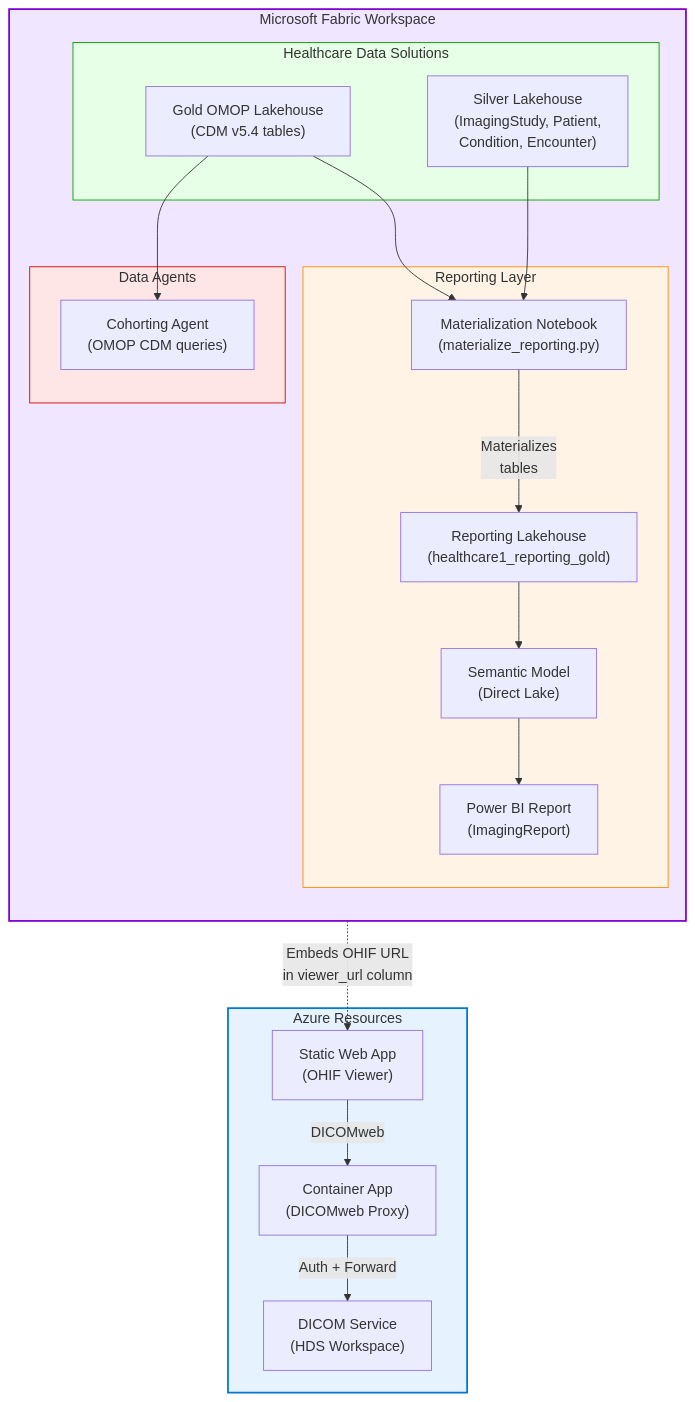
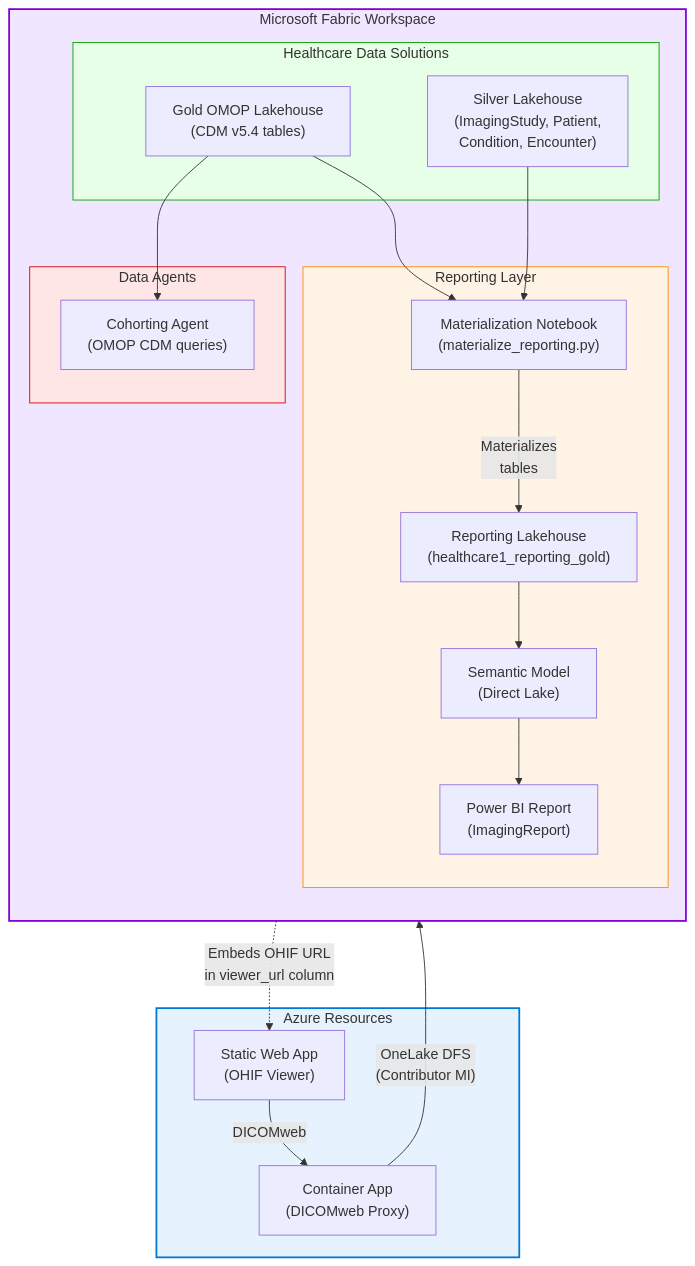
One commit to kfprugger/med-device-fabric-emulator changed the first of 2 diagrams in docs/phase-3-imaging-and-cohorting.md. Above: the diagram before and after it, drawn with Mermaid. The commit also changed other lines of this file and 5 other files, not shown here.

````diff
--- a/docs/phase-3-imaging-and-cohorting.md
+++ b/docs/phase-3-imaging-and-cohorting.md
@@ -13,44 +13,43 @@
 ```mermaid
 flowchart TB
     subgraph FAB["Microsoft Fabric Workspace"]
         direction TB
 
         subgraph HDS["Healthcare Data Solutions"]
             SLV["Silver Lakehouse\n(ImagingStudy, Patient,\nCondition, Encounter)"]
             GOLD["Gold OMOP Lakehouse\n(CDM v5.4 tables)"]
         end
 
         subgraph REPORT["Reporting Layer"]
             RPT_LH["Reporting Lakehouse\n(healthcare1_reporting_gold)"]
             NB["Materialization Notebook\n(materialize_reporting.py)"]
             SM["Semantic Model\n(Direct Lake)"]
             PBI["Power BI Report\n(ImagingReport)"]
         end
 
         subgraph AGENTS2["Data Agents"]
             COHORT["Cohorting Agent\n(OMOP CDM queries)"]
         end
     end
 
     subgraph AZ["Azure Resources"]
         SWA["Static Web App\n(OHIF Viewer)"]
         PROXY["Container App\n(DICOMweb Proxy)"]
-        DICOM_SVC["DICOM Service\n(HDS Workspace)"]
     end
 
     GOLD --> COHORT
     SLV --> NB
     GOLD --> NB
     NB -->|"Materializes\ntables"| RPT_LH
     RPT_LH --> SM --> PBI
 
-    SWA -->|"DICOMweb"| PROXY -->|"Auth + Forward"| DICOM_SVC
+    SWA -->|"DICOMweb"| PROXY -->|"OneLake DFS\n(Contributor MI)"| RPT_LH
 
     NB -.->|"Embeds OHIF URL\nin viewer_url column"| SWA
 
     style FAB fill:#f0e6ff,stroke:#8000d4,stroke-width:2px
     style AZ fill:#e6f3ff,stroke:#0078d4,stroke-width:2px
     style HDS fill:#e6ffe6,stroke:#00a000
     style REPORT fill:#fff3e6,stroke:#ff8c00
     style AGENTS2 fill:#ffe6e6,stroke:#d40000
 ```
````
